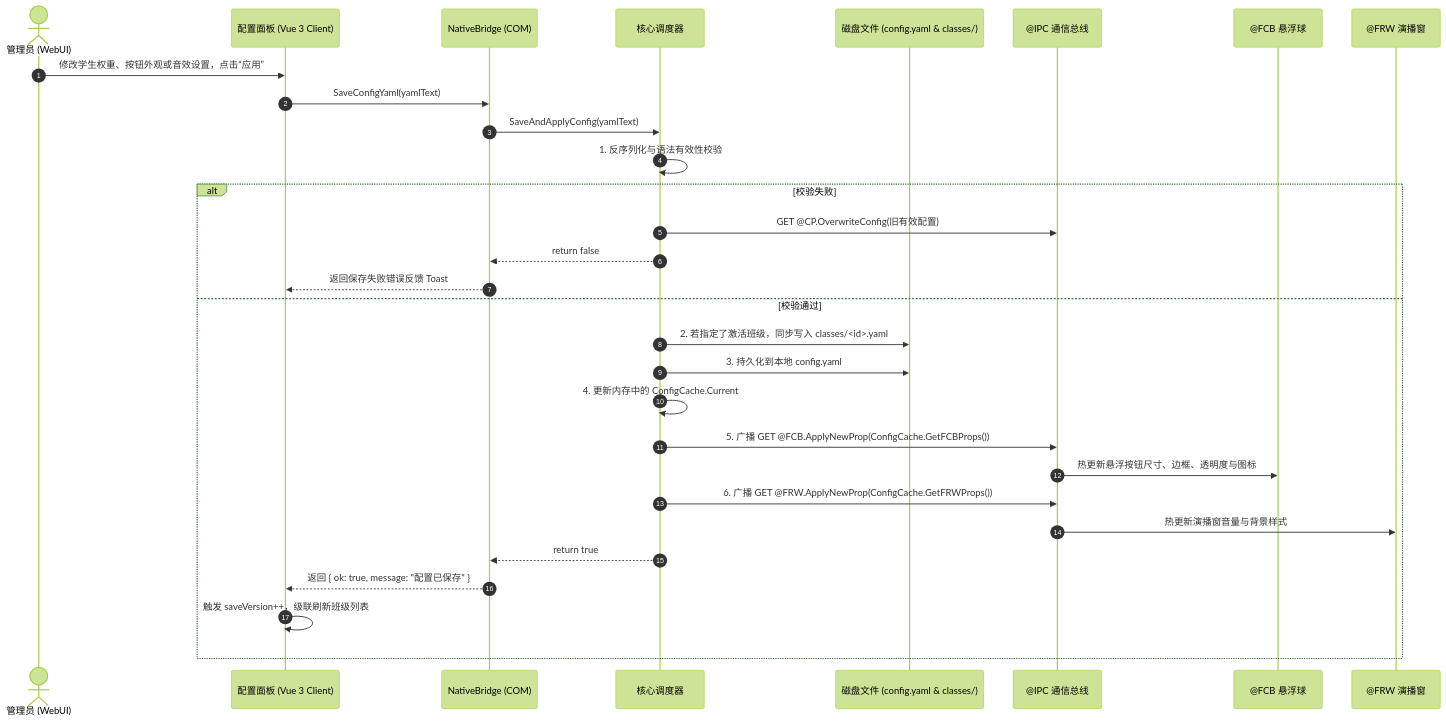
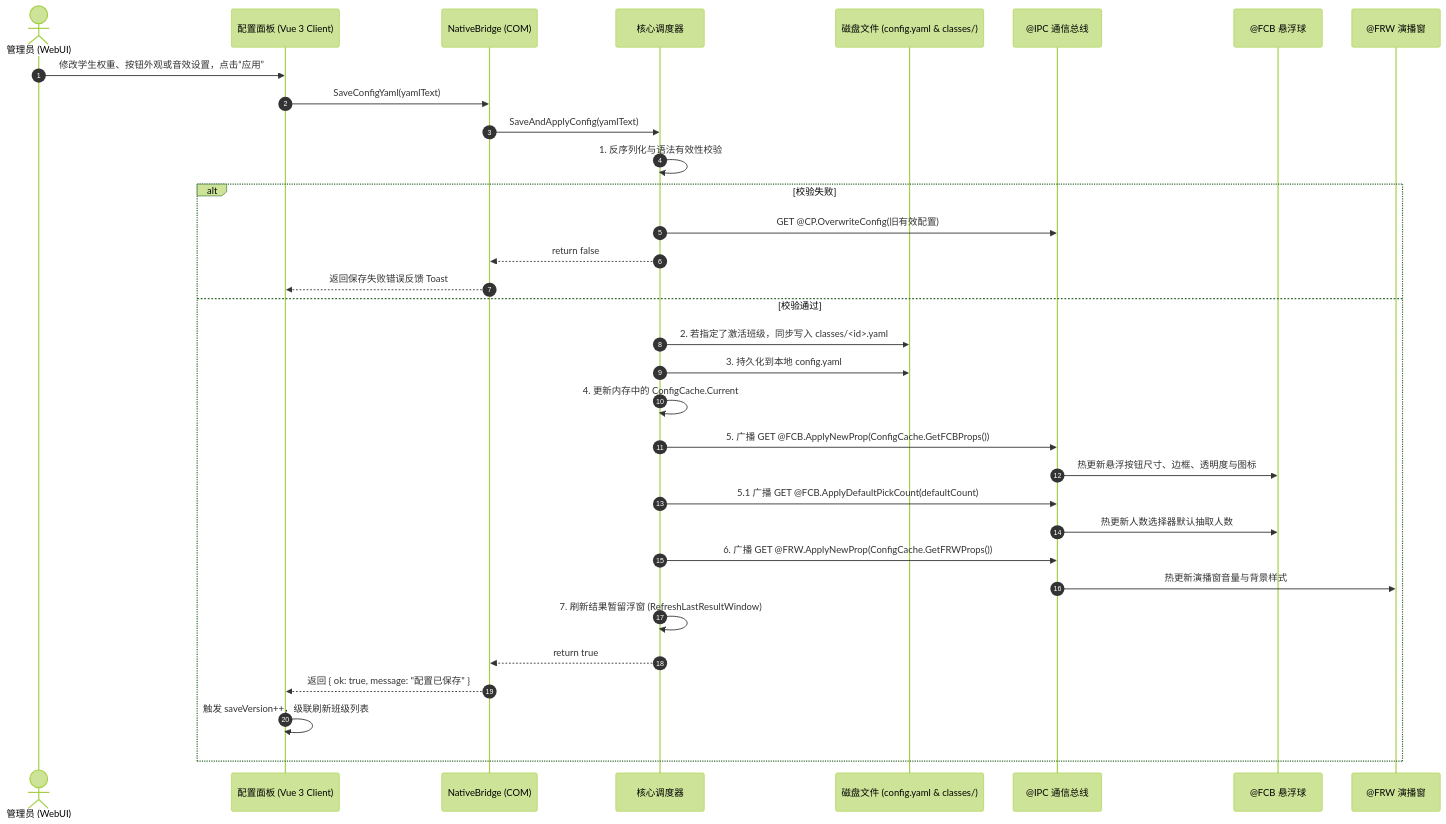
The third of 5 diagrams in docs/ipc.md (Yun-Hydrogen/blue-random), drawn with Mermaid (forest theme) before and after one commit. The commit also changed other lines of this file and 34 other files, not shown here.

````diff
--- a/docs/ipc.md
+++ b/docs/ipc.md
@@ -429,37 +418,41 @@
 ```mermaid
 sequenceDiagram
     autonumber
     actor Admin as 管理员 (WebUI)
     participant Vue as 配置面板 (Vue 3 Client)
     participant Bridge as NativeBridge (COM)
     participant Scheduler as 核心调度器
     participant Disk as 磁盘文件 (config.yaml & classes/)
     participant Bus as @IPC 通信总线
     participant FCB as @FCB 悬浮球
     participant FRW as @FRW 演播窗
 
     Admin->>Vue: 修改学生权重、按钮外观或音效设置，点击“应用”
     Vue->>Bridge: SaveConfigYaml(yamlText)
     Bridge->>Scheduler: SaveAndApplyConfig(yamlText)
 
     Scheduler->>Scheduler: 1. 反序列化与语法有效性校验
     alt 校验失败
         Scheduler->>Bus: GET @CP.OverwriteConfig(旧有效配置)
         Scheduler-->>Bridge: return false
         Bridge-->>Vue: 返回保存失败错误反馈 Toast
     else 校验通过
         Scheduler->>Disk: 2. 若指定了激活班级，同步写入 classes/<id>.yaml
         Scheduler->>Disk: 3. 持久化到本地 config.yaml
         Scheduler->>Scheduler: 4. 更新内存中的 ConfigCache.Current
         
         Scheduler->>Bus: 5. 广播 GET @FCB.ApplyNewProp(ConfigCache.GetFCBProps())
         Bus->>FCB: 热更新悬浮按钮尺寸、边框、透明度与图标
-        
+        Scheduler->>Bus: 5.1 广播 GET @FCB.ApplyDefaultPickCount(defaultCount)
+        Bus->>FCB: 热更新人数选择器默认抽取人数
+
         Scheduler->>Bus: 6. 广播 GET @FRW.ApplyNewProp(ConfigCache.GetFRWProps())
         Bus->>FRW: 热更新演播窗音量与背景样式
+
+        Scheduler->>Scheduler: 7. 刷新结果暂留浮窗 (RefreshLastResultWindow)
         
         Scheduler-->>Bridge: return true
         Bridge-->>Vue: 返回 { ok: true, message: "配置已保存" }
         Vue->>Vue: 触发 saveVersion++，级联刷新班级列表
     end
 ```
````
